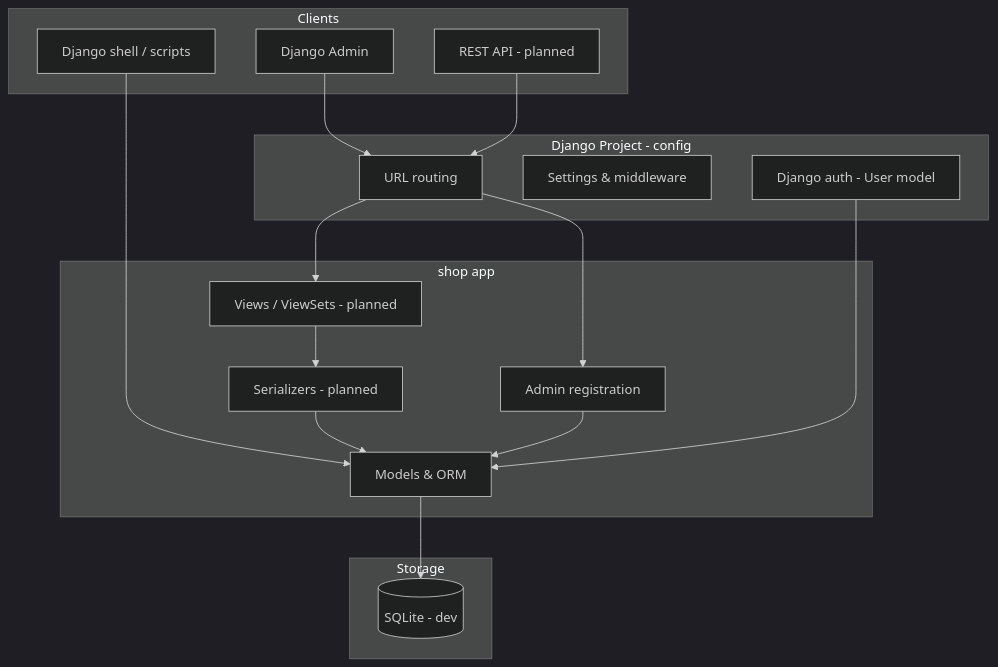
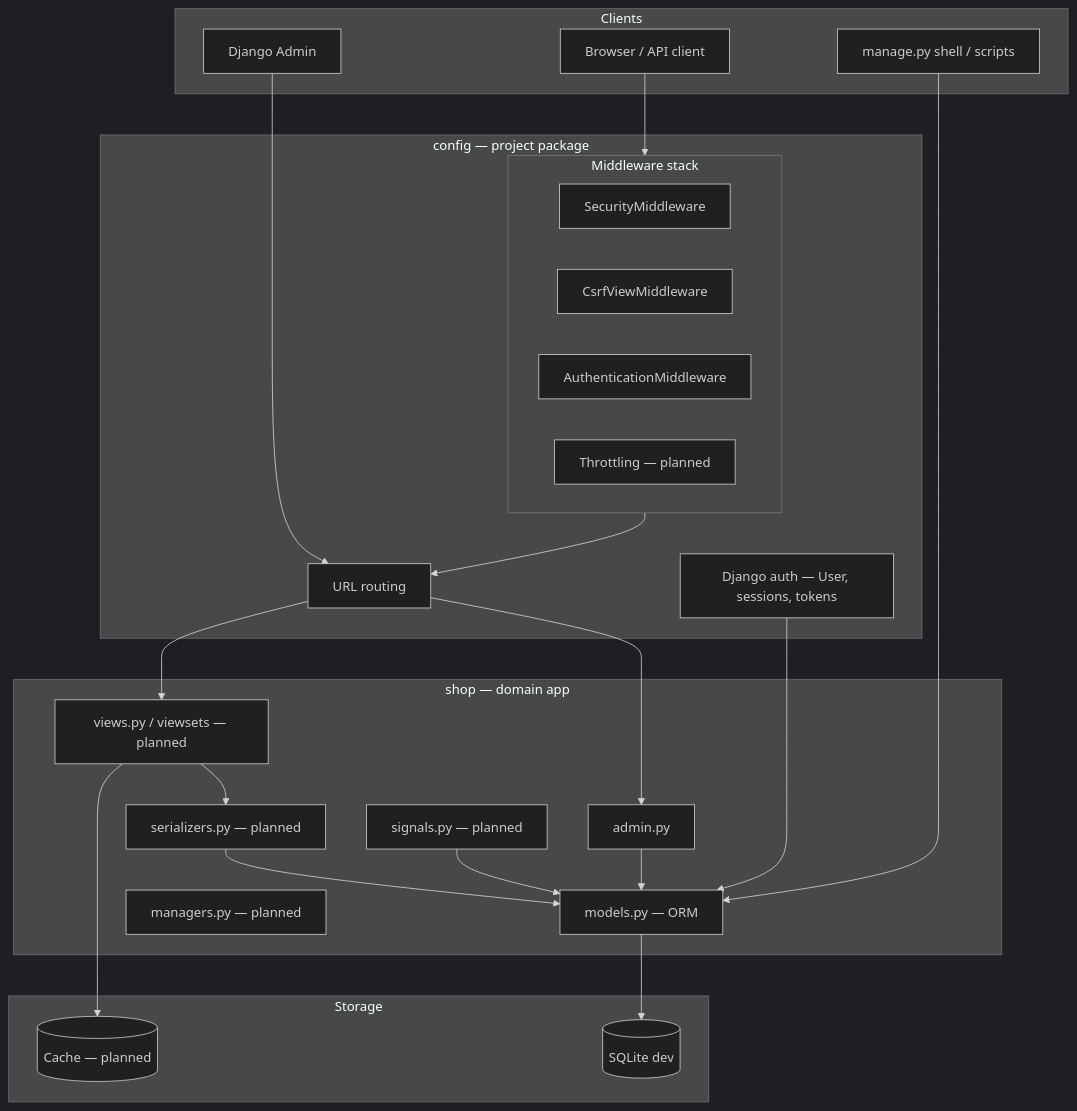
One commit to akotian-eab/django-ecommerce-lite changed the first of 5 diagrams in docs/DESIGN.md. Above: the diagram before and after it, drawn with Mermaid (dark theme). The commit also changed other lines of this file and 7 other files, not shown here.

````diff
--- a/docs/DESIGN.md
+++ b/docs/DESIGN.md
@@ -44,36 +57,47 @@
 ```mermaid
 flowchart TB
     subgraph clients [Clients]
         Admin[Django Admin]
-        API[REST API - planned]
-        Shell[Django shell / scripts]
+        Browser[Browser / API client]
+        Shell[manage.py shell / scripts]
     end
 
-    subgraph django [Django Project - config]
+    subgraph config [config — project package]
         URLs[URL routing]
-        Settings[Settings & middleware]
-        Auth[Django auth - User model]
+        Auth[Django auth — User, sessions, tokens]
+        subgraph middleware [Middleware stack]
+            Security[SecurityMiddleware]
+            CSRF[CsrfViewMiddleware]
+            AuthMW[AuthenticationMiddleware]
+            Throttle[Throttling — planned]
+        end
     end
 
-    subgraph shop_app [shop app]
-        Models[Models & ORM]
-        AdminLayer[Admin registration]
-        Views[Views / ViewSets - planned]
-        Serializers[Serializers - planned]
+    subgraph shop_app [shop — domain app]
+        Models[models.py — ORM]
+        AdminLayer[admin.py]
+        Serializers[serializers.py — planned]
+        Views[views.py / viewsets — planned]
+        Signals[signals.py — planned]
+        Managers[managers.py — planned]
     end
 
     subgraph storage [Storage]
-        SQLite[(SQLite - dev)]
+        SQLite[(SQLite dev)]
+        Cache[(Cache — planned)]
     end
 
     Admin --> URLs
-    API --> URLs
+    Browser --> middleware
     Shell --> Models
+    middleware --> URLs
     URLs --> AdminLayer
     URLs --> Views
     Views --> Serializers
+    Views --> Cache
     Serializers --> Models
     AdminLayer --> Models
     Models --> SQLite
+    Signals --> Models
     Auth --> Models
 ```
````
